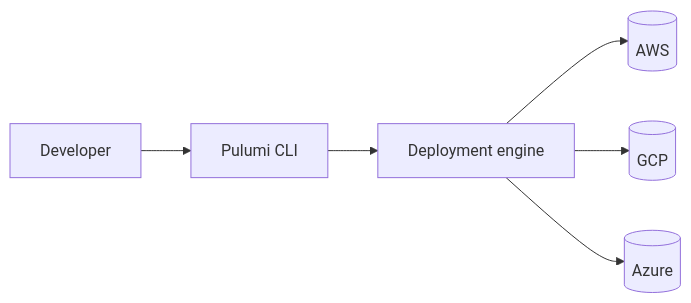
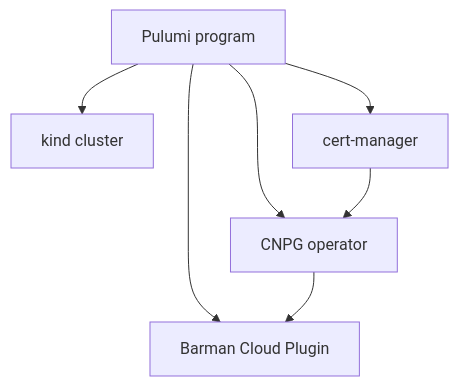
Before and after one commit to pulumi/workshops: the first of 5 diagrams in postgresql-on-kubernetes-cloudnativepg/slides/slides.md, drawn with Mermaid. The commit also changed other lines of this file and 2 other files, not shown here.

````diff
--- a/postgresql-on-kubernetes-cloudnativepg/slides/slides.md
+++ b/postgresql-on-kubernetes-cloudnativepg/slides/slides.md
@@ -107,8 +264,9 @@
-```mermaid {scale: 0.9}
-flowchart LR
-  Dev[Developer] --> CLI[Pulumi CLI]
-  CLI --> Engine[Deployment engine]
-  Engine --> AWS[(AWS)]
-  Engine --> GCP[(GCP)]
-  Engine --> Azure[(Azure)]
+```mermaid {scale: 0.8}
+flowchart TB
+    A[Pulumi program] --> B[kind cluster]
+    A --> C[cert-manager]
+    A --> D[CNPG operator]
+    A --> E[Barman Cloud Plugin]
+    C --> D
+    D --> E
 ```
````
